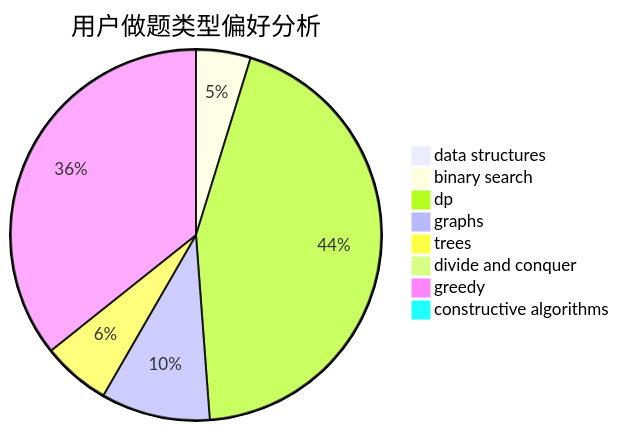
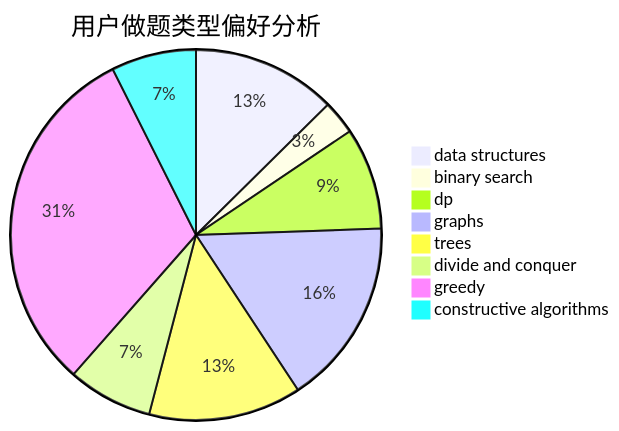
One commit to sherpahu/cfrs.github.io changed the second of 3 diagrams in docs/user/u2407.md. Above: the diagram before and after it, drawn with Mermaid. The commit also changed other lines of this file and 2770 other files, not shown here.

````diff
--- a/docs/user/u2407.md
+++ b/docs/user/u2407.md
@@ -23,11 +23,11 @@
 ```mermaid
 pie title 用户做题类型偏好分析
-    "data structures" :  0
+    "data structures" :  17
     "binary search" :  4
-    "dp" :  37
-    "graphs" :  8
-    "trees" :  5
-    "divide and conquer" :  0
-    "greedy" :  30
-    "constructive algorithms" :  0
+    "dp" :  12
+    "graphs" :  22
+    "trees" :  18
+    "divide and conquer" :  10
+    "greedy" :  42
+    "constructive algorithms" :  10
 ```
````
